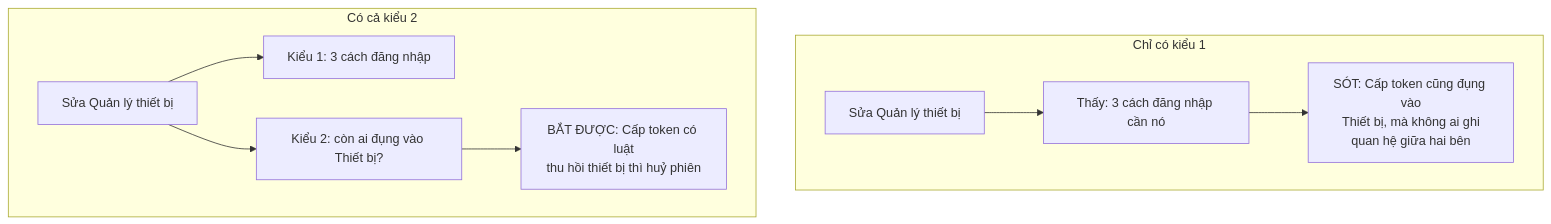
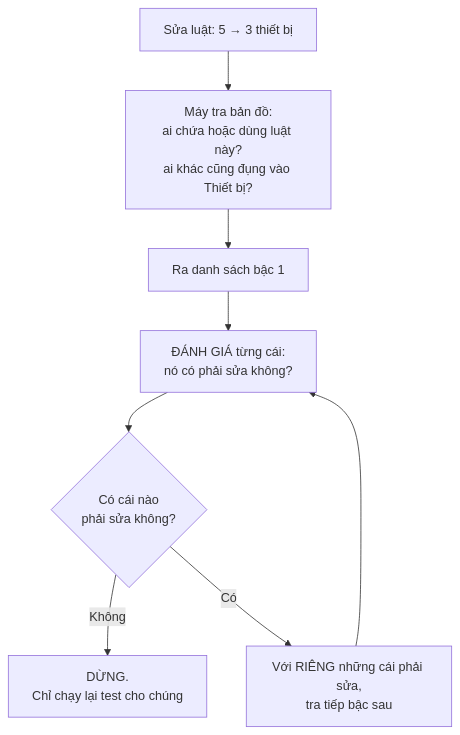
One commit to Kynderis/kendrick-ai-tools changed the second of 3 diagrams in answer.md. Above: the diagram before and after it, drawn with Mermaid. The commit also changed other lines of this file and 3 other files, not shown here.

````diff
--- a/answer.md
+++ b/answer.md
@@ -117,12 +75,10 @@
 ```mermaid
 flowchart TD
-    subgraph S1["Chỉ có kiểu 1"]
-    A1["Sửa Quản lý thiết bị"] --> B1["Thấy: 3 cách đăng nhập cần nó"]
-    B1 --> C1["SÓT: Cấp token cũng đụng vào<br/>Thiết bị, mà không ai ghi<br/>quan hệ giữa hai bên"]
-    end
-    subgraph S2["Có cả kiểu 2"]
-    A2["Sửa Quản lý thiết bị"] --> B2["Kiểu 1: 3 cách đăng nhập"]
-    A2 --> C2["Kiểu 2: còn ai đụng vào Thiết bị?"]
-    C2 --> D2["BẮT ĐƯỢC: Cấp token có luật<br/>thu hồi thiết bị thì huỷ phiên"]
-    end
+    A["Sửa luật: 5 → 3 thiết bị"] --> B["Máy tra bản đồ:<br/>ai chứa hoặc dùng luật này?<br/>ai khác cũng đụng vào Thiết bị?"]
+    B --> C["Ra danh sách bậc 1"]
+    C --> D["ĐÁNH GIÁ từng cái:<br/>nó có phải sửa không?"]
+    D --> E{"Có cái nào<br/>phải sửa không?"}
+    E -- "Không" --> F["DỪNG.<br/>Chỉ chạy lại test cho chúng"]
+    E -- "Có" --> G["Với RIÊNG những cái phải sửa,<br/>tra tiếp bậc sau"]
+    G --> D
 ```
````
